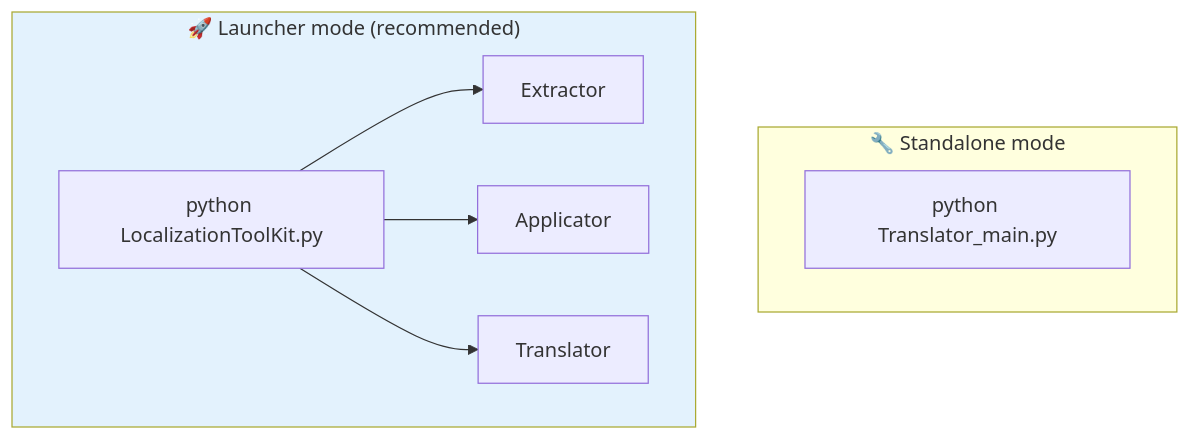
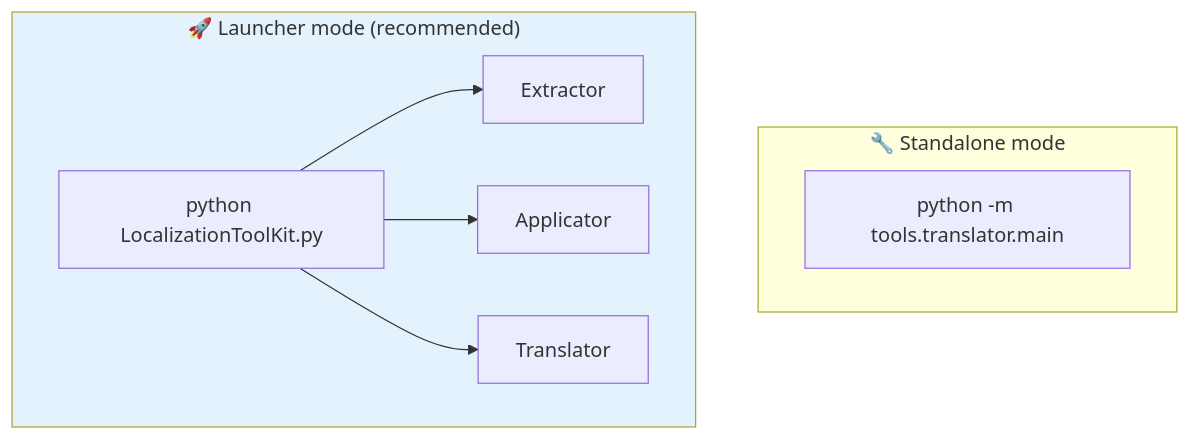
Before and after one commit to Gotcha26/Adobe_Lightroom_Translation_Plugins_Kit: the second of 10 diagrams in tools/translator/__doc__/en/Translator_en.md, drawn with Mermaid. The commit also changed other lines of this file and 28 other files, not shown here.

````diff
--- a/tools/translator/__doc__/en/Translator_en.md
+++ b/tools/translator/__doc__/en/Translator_en.md
@@ -97,14 +99,14 @@
 ```mermaid
 flowchart TB
     subgraph Standalone["🔧 Standalone mode"]
-        S["python Translator_main.py"]
+        S["python -m tools.translator.main"]
     end
 
     subgraph Launcher["🚀 Launcher mode (recommended)"]
         L["python LocalizationToolKit.py"] --> E["Extractor"]
         L --> A["Applicator"]
         L --> T["Translator"]
     end
 
     style Launcher fill:#E3F2FD
 ```
````
